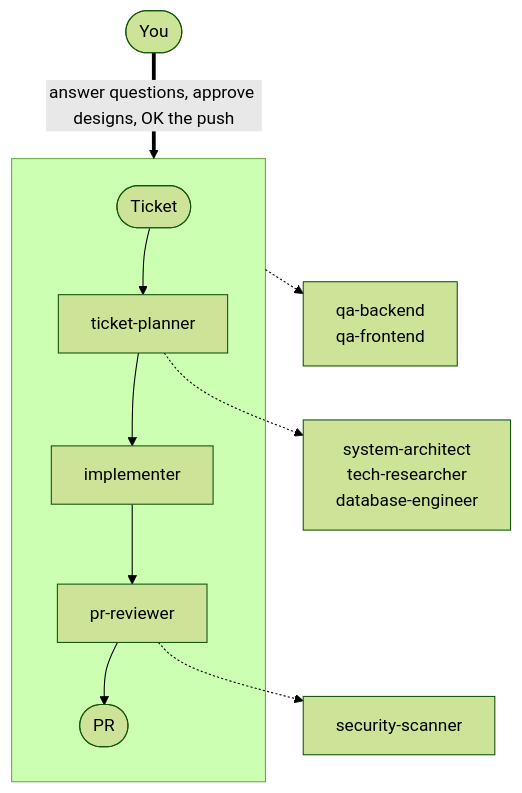
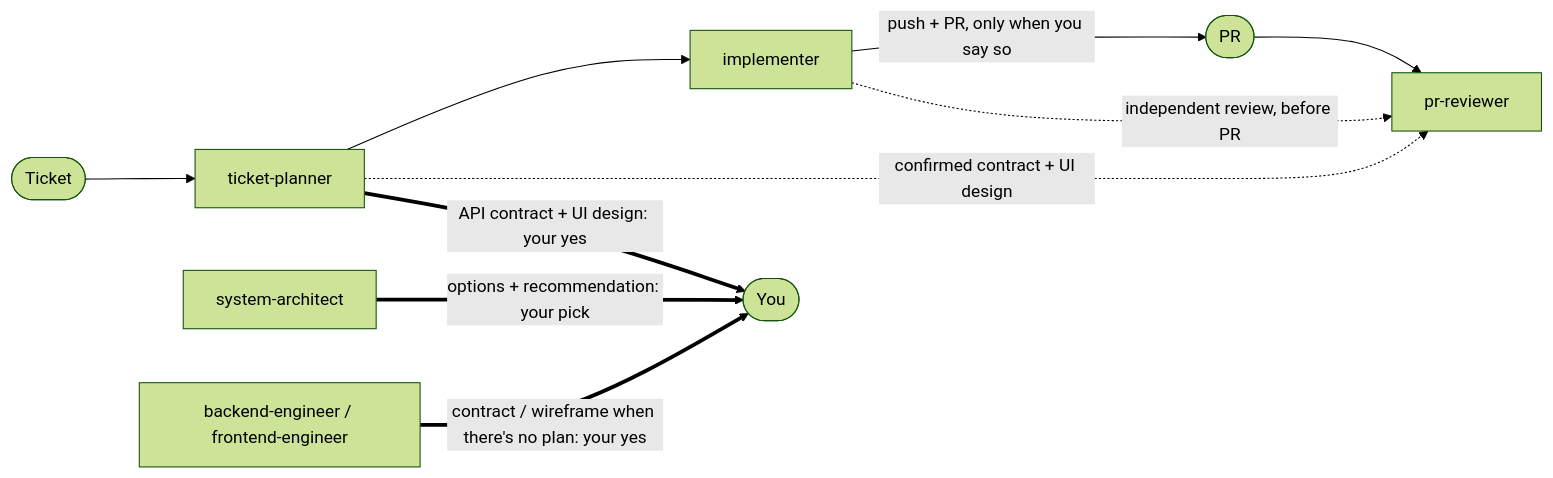
One commit to kcayme/k-agents changed the first of 2 diagrams in README.md. Above: the diagram before and after it, drawn with Mermaid (forest theme). The commit also changed other lines of this file, not shown here.

Commit message:
docs: restore every workflow arrow in the readme, split into a workflow diagram and a specialists diagram

````diff
--- a/README.md
+++ b/README.md
@@ -5,10 +7,10 @@
 ```mermaid
-flowchart TB
-    U([You]) ==>|answer questions, approve designs, OK the push| P
-    subgraph P [ ]
-        T([Ticket]) --> TP[ticket-planner] --> IM[implementer] --> RV[pr-reviewer] --> PR([PR])
-    end
-    TP -.-> SP[system-architect<br/>tech-researcher<br/>database-engineer]
-    P -.-> QA[qa-backend<br/>qa-frontend]
-    RV -.-> SS[security-scanner]
+flowchart LR
+    T([Ticket]) --> TP[ticket-planner] --> IM[implementer] -->|push + PR, only when you say so| PR([PR]) --> RV[pr-reviewer]
+    IM -.->|independent review, before PR| RV
+    TP -.->|confirmed contract + UI design| RV
+
+    TP ==>|API contract + UI design: your yes| U([You])
+    SA[system-architect] ==>|options + recommendation: your pick| U
+    BE[backend-engineer / frontend-engineer] ==>|contract / wireframe when there's no plan: your yes| U
 ```
````
